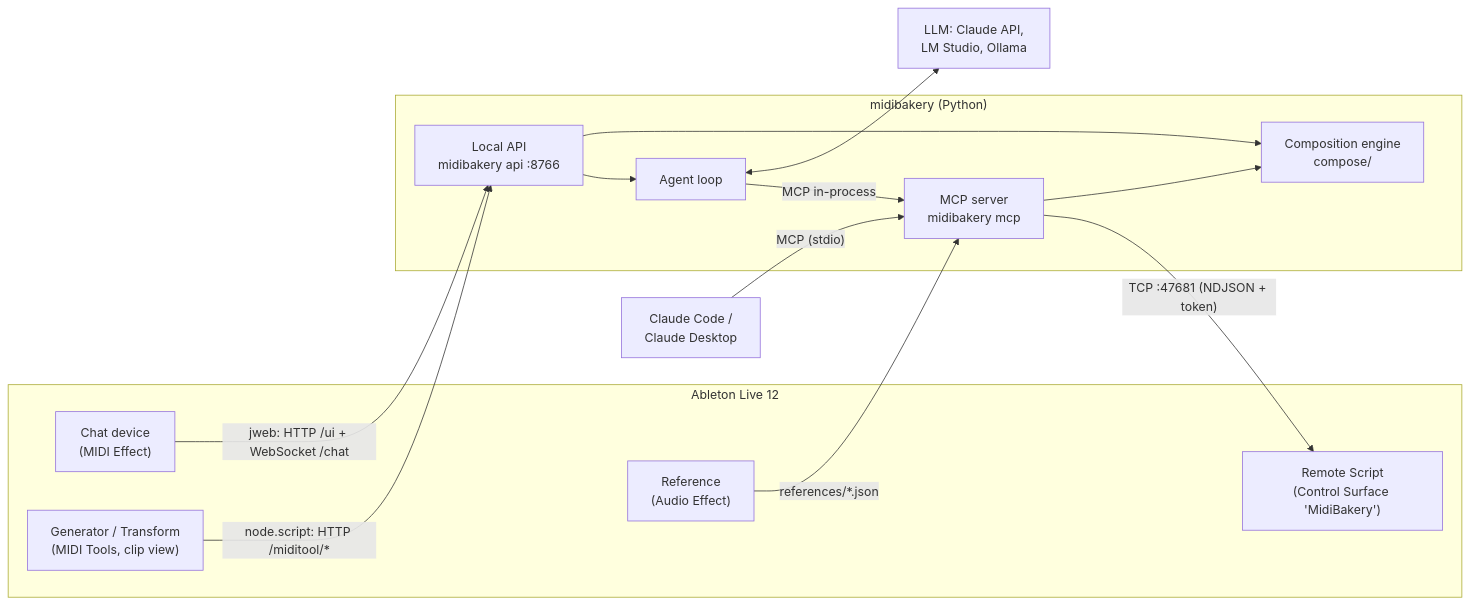
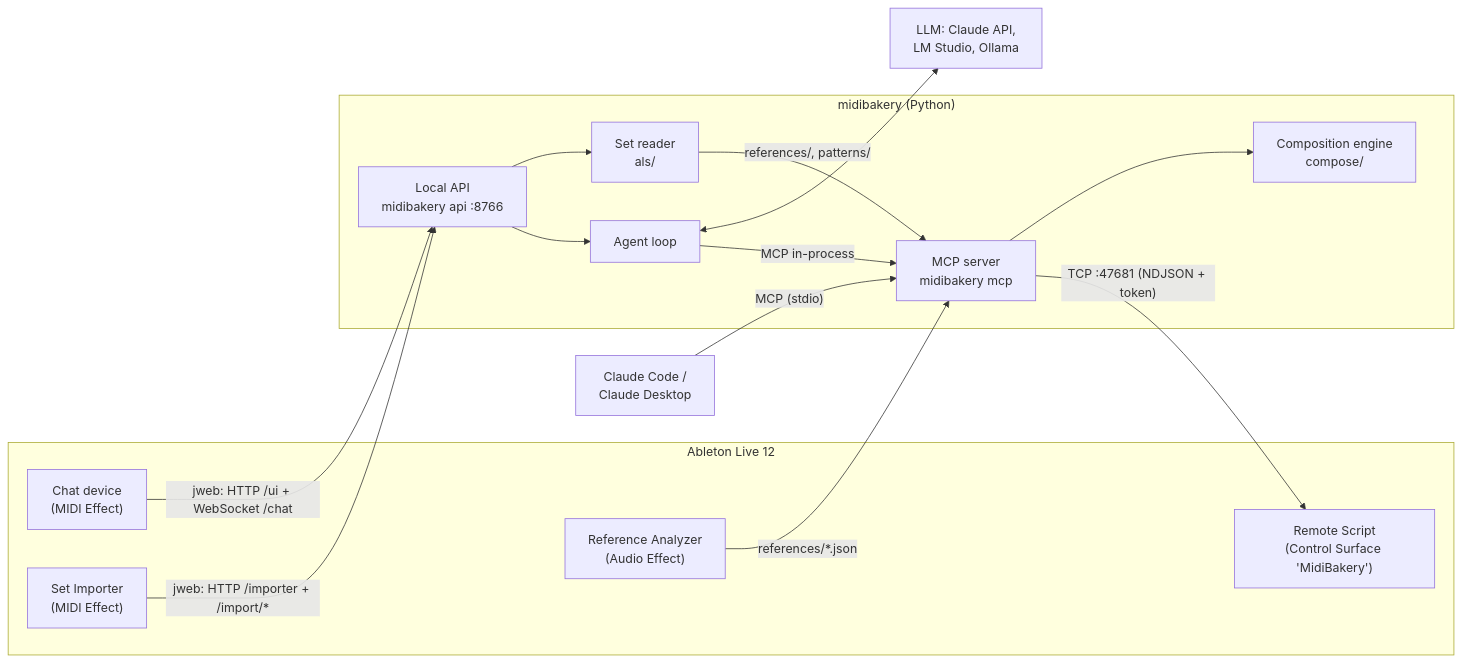
Before and after one commit to markus-fischbacher/MidiBakery: the diagram in docs/ARCHITECTURE.md, drawn with Mermaid. The commit also changed other lines of this file and 64 other files, not shown here.

First line of the commit message:
Simplify MidiBakery: 12 tools, 3 devices, short docs (#97)

````diff
--- a/docs/ARCHITECTURE.md
+++ b/docs/ARCHITECTURE.md
@@ -13,28 +11,30 @@
 ```mermaid
 flowchart LR
   subgraph Live["Ableton Live 12"]
     RS["Remote Script<br/>(Control Surface 'MidiBakery')"]
     CHAT["Chat device<br/>(MIDI Effect)"]
-    TOOLS["Generator / Transform<br/>(MIDI Tools, clip view)"]
-    REF["Reference<br/>(Audio Effect)"]
+    IMP["Set Importer<br/>(MIDI Effect)"]
+    REF["Reference Analyzer<br/>(Audio Effect)"]
   end
   subgraph Core["midibakery (Python)"]
     MCP["MCP server<br/>midibakery mcp"]
     API["Local API<br/>midibakery api :8766"]
     AGENT["Agent loop"]
     ENGINE["Composition engine<br/>compose/"]
+    ALS["Set reader<br/>als/"]
   end
   CC["Claude Code /<br/>Claude Desktop"]
   LLM["LLM: Claude API,<br/>LM Studio, Ollama"]
 
   CC -- "MCP (stdio)" --> MCP
   MCP -- "TCP :47681 (NDJSON + token)" --> RS
   CHAT -- "jweb: HTTP /ui + WebSocket /chat" --> API
+  IMP -- "jweb: HTTP /importer + /import/*" --> API
   API --> AGENT
   AGENT -- "MCP in-process" --> MCP
   AGENT <--> LLM
-  TOOLS -- "node.script: HTTP /miditool/*" --> API
+  API --> ALS
+  ALS -- "references/, patterns/" --> MCP
   REF -- "references/*.json" --> MCP
-  API --> ENGINE
   MCP --> ENGINE
 ```
````
